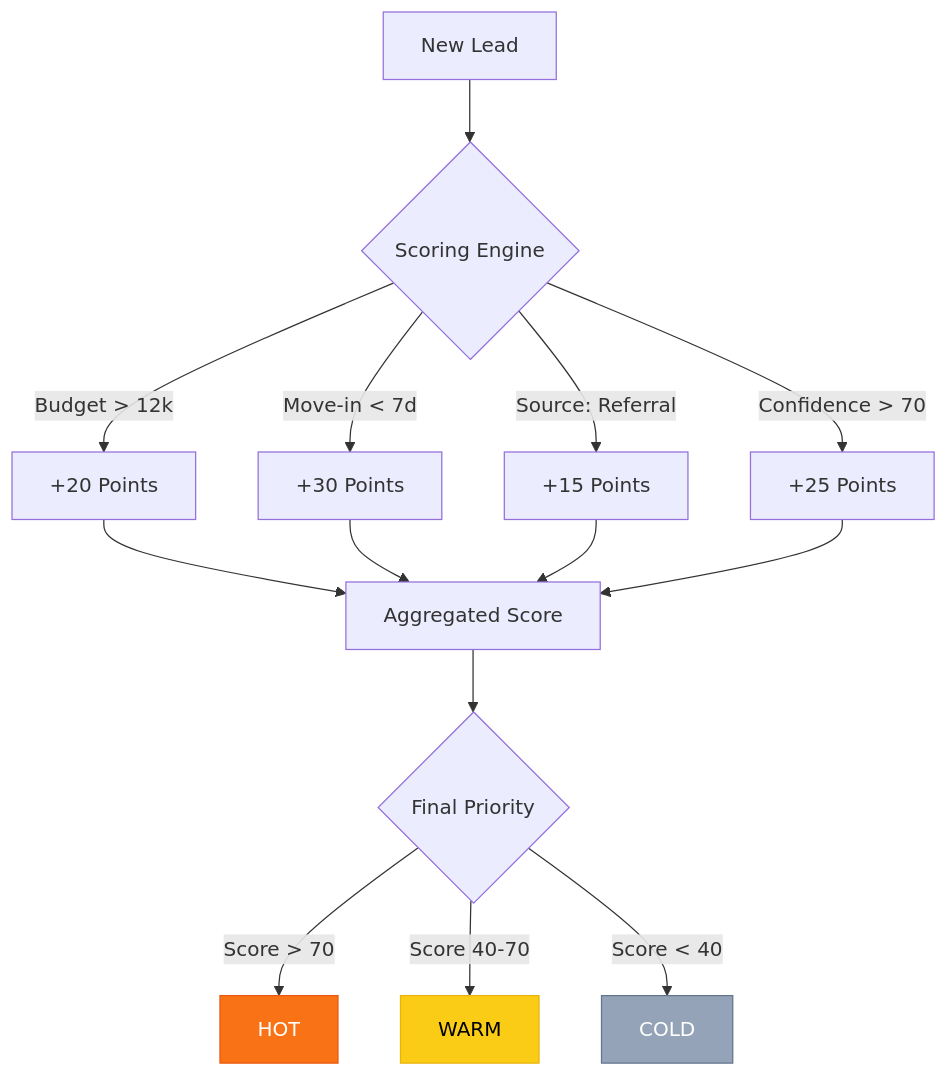
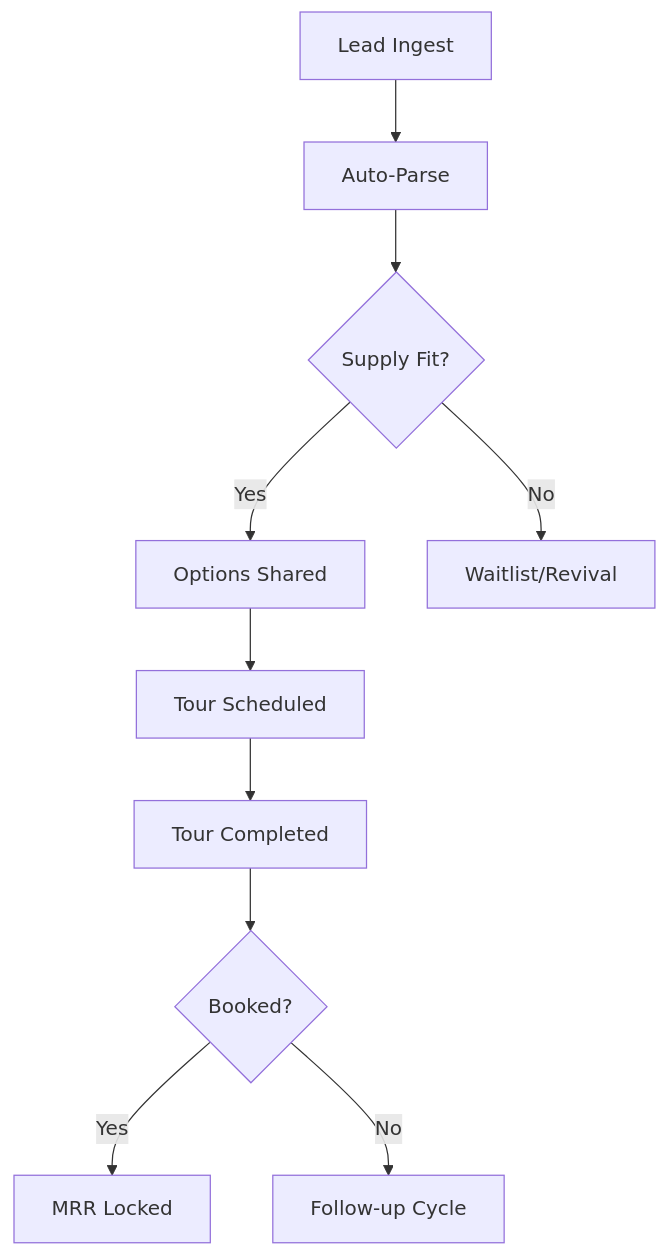
One commit to Souharda6996/ops1g changed the diagram in ASSIGNMENT.md. Above: the diagram before and after it, drawn with Mermaid. The commit also changed other lines of this file and 16 other files, not shown here.

````diff
--- a/ASSIGNMENT.md
+++ b/ASSIGNMENT.md
@@ -22,22 +44,12 @@
 ```mermaid
 graph TD
-    A[New Lead] --> B{Scoring Engine}
-    B -->|Budget > 12k| C[+20 Points]
-    B -->|Move-in < 7d| D[+30 Points]
-    B -->|Source: Referral| E[+15 Points]
-    B -->|Confidence > 70| F[+25 Points]
-    
-    C --> G[Aggregated Score]
-    D --> G
-    E --> G
-    F --> G
-    
-    G --> H{Final Priority}
-    H -->|Score > 70| I[HOT]
-    H -->|Score 40-70| J[WARM]
-    H -->|Score < 40| K[COLD]
-
-    style I fill:#f97316,stroke:#ea580c,color:#fff
-    style J fill:#facc15,stroke:#eab308,color:#000
-    style K fill:#94a3b8,stroke:#64748b,color:#fff
+    A[Lead Ingest] --> B[Auto-Parse]
+    B --> C{Supply Fit?}
+    C -->|Yes| D[Options Shared]
+    C -->|No| E[Waitlist/Revival]
+    D --> F[Tour Scheduled]
+    F --> G[Tour Completed]
+    G --> H{Booked?}
+    H -->|Yes| I[MRR Locked]
+    H -->|No| J[Follow-up Cycle]
 ```
````
